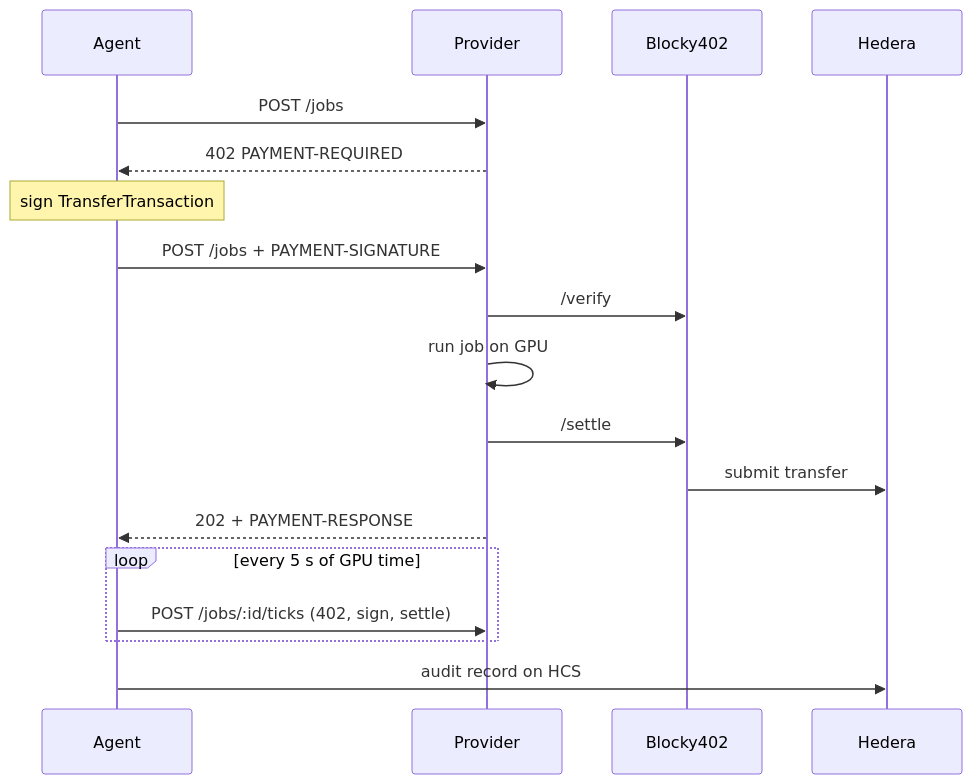
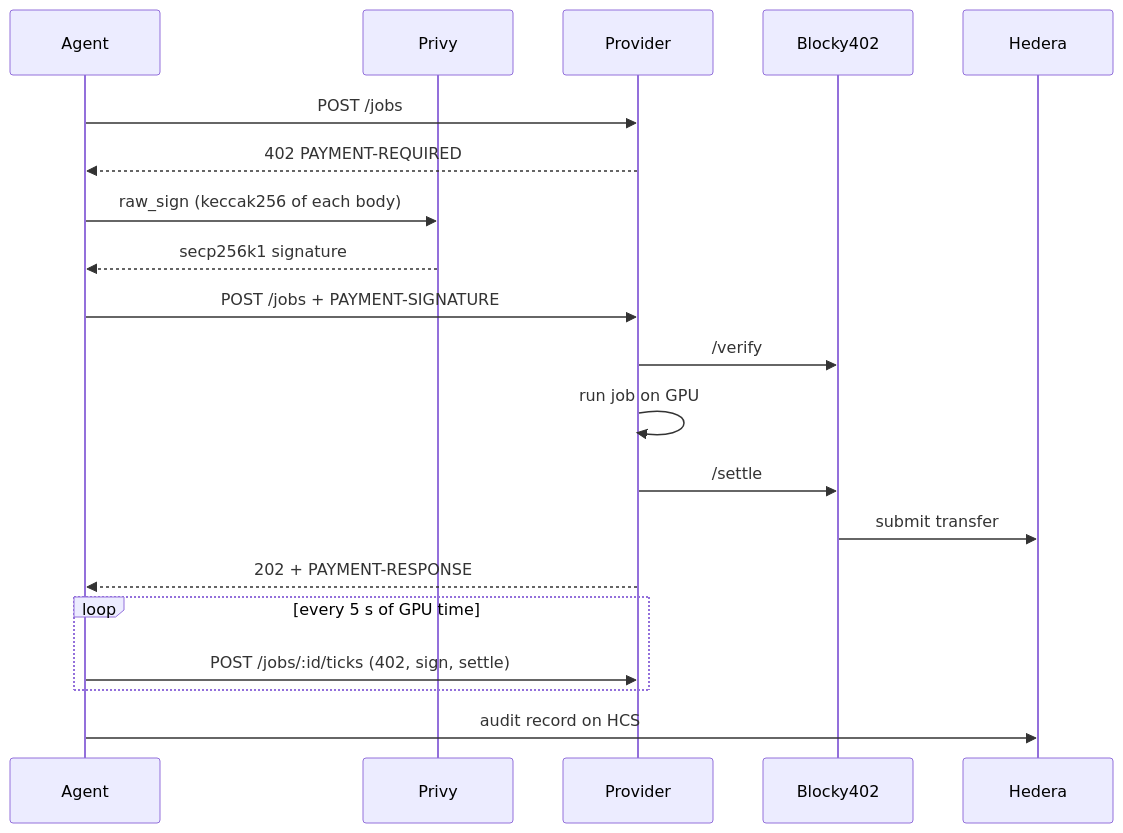
The diagram in README.md (akhil-is-watching/DeComp), drawn with Mermaid before and after one commit. The commit also changed other lines of this file and 1 other file, not shown here.

First line of the commit message:
docs: document privy wallets and the identity seam

````diff
--- a/README.md
+++ b/README.md
@@ -61,20 +79,22 @@
 ```mermaid
 sequenceDiagram
   participant A as Agent
+  participant W as Privy
   participant P as Provider
   participant F as Blocky402
   participant H as Hedera
   A->>P: POST /jobs
   P-->>A: 402 PAYMENT-REQUIRED
-  Note over A: sign TransferTransaction
+  A->>W: raw_sign (keccak256 of each body)
+  W-->>A: secp256k1 signature
   A->>P: POST /jobs + PAYMENT-SIGNATURE
   P->>F: /verify
   P->>P: run job on GPU
   P->>F: /settle
   F->>H: submit transfer
   P-->>A: 202 + PAYMENT-RESPONSE
   loop every 5 s of GPU time
     A->>P: POST /jobs/:id/ticks (402, sign, settle)
   end
   A->>H: audit record on HCS
 ```
````
